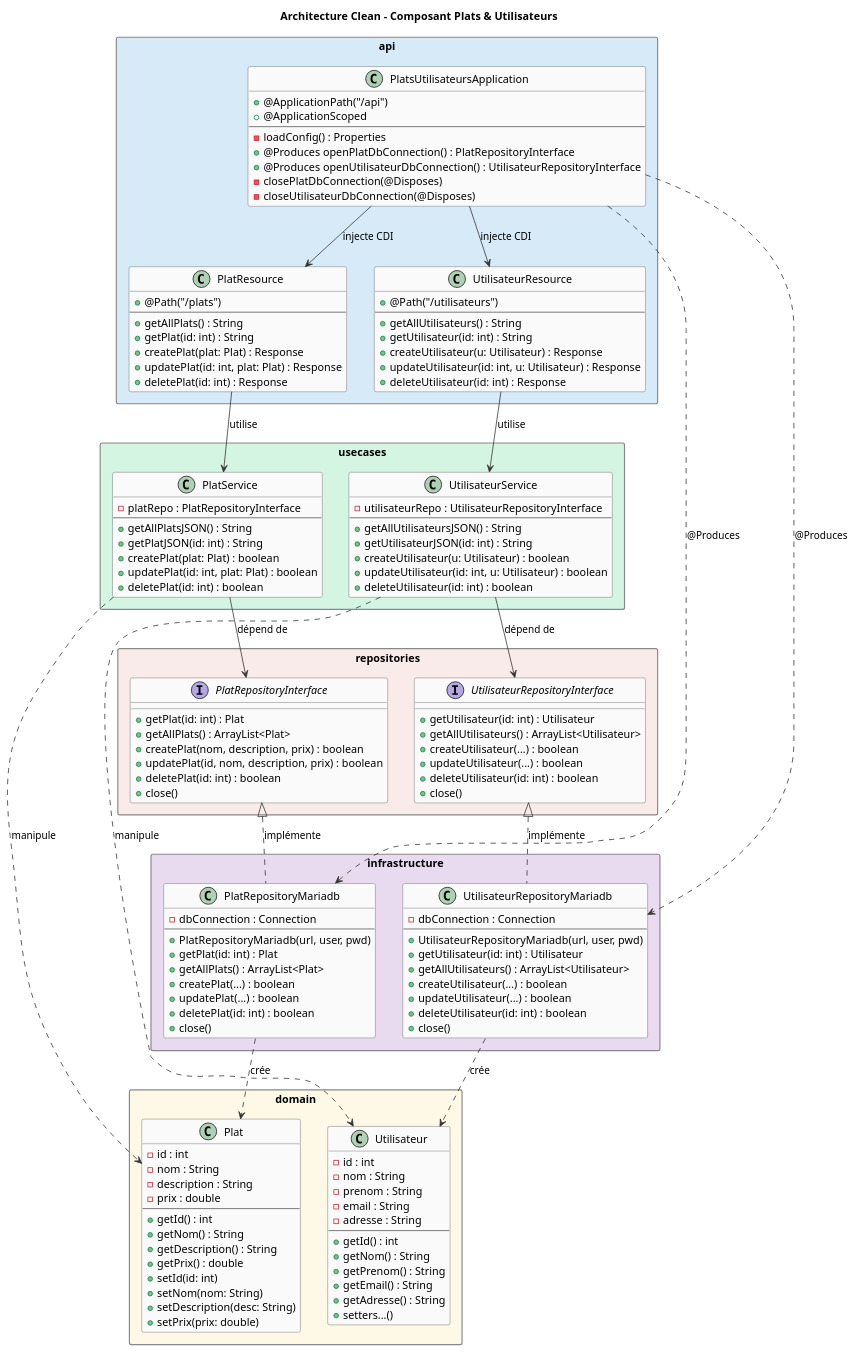
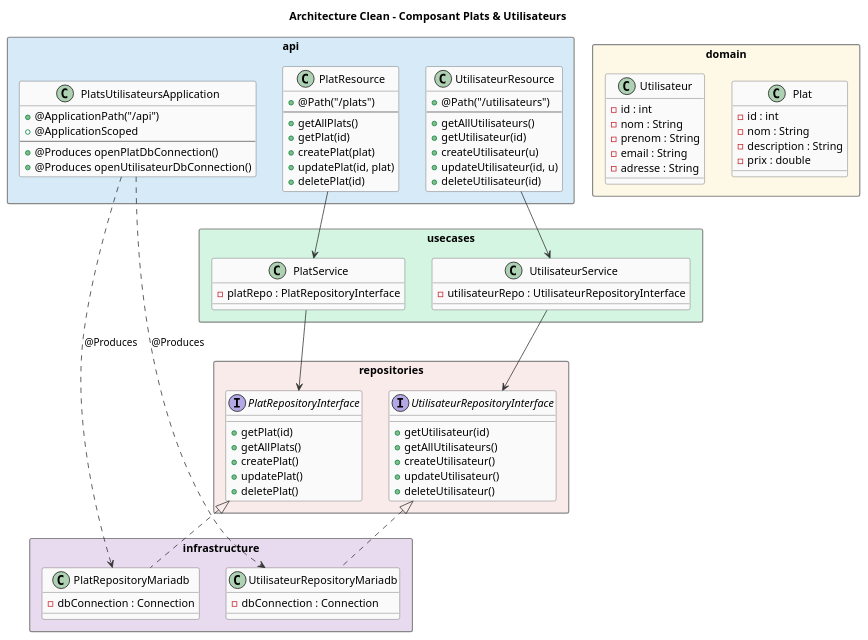
One commit to KAMARADemba/Projet-Microservices changed the diagram in Uml/Plat-Utilisateur/plats-utilisateurs.puml. Above: the diagram before and after it, drawn with PlantUML. The commit also changed 3 other files, not shown here.

```diff
--- a/Uml/Plat-Utilisateur/plats-utilisateurs.puml
+++ b/Uml/Plat-Utilisateur/plats-utilisateurs.puml
@@ -1,189 +1,113 @@
 @startuml Plats & Utilisateurs - Clean Architecture
 
 skinparam packageStyle rectangle
 skinparam classBackgroundColor #FAFAFA
 skinparam classBorderColor #555555
 skinparam arrowColor #333333
 skinparam packageBorderColor #888888
-skinparam packageBackgroundColor #F0F0F0
 
 title Architecture Clean - Composant Plats & Utilisateurs
 
-' =====================
-' COUCHE API (entrée HTTP)
-' =====================
 package "api" #D6EAF8 {
 
     class PlatsUtilisateursApplication {
         +@ApplicationPath("/api")
         +@ApplicationScoped
         --
-        -loadConfig() : Properties
-        +@Produces openPlatDbConnection() : PlatRepositoryInterface
-        +@Produces openUtilisateurDbConnection() : UtilisateurRepositoryInterface
-        -closePlatDbConnection(@Disposes)
-        -closeUtilisateurDbConnection(@Disposes)
+        +@Produces openPlatDbConnection()
+        +@Produces openUtilisateurDbConnection()
     }
 
     class PlatResource {
         +@Path("/plats")
         --
-        +getAllPlats() : String
-        +getPlat(id: int) : String
-        +createPlat(plat: Plat) : Response
-        +updatePlat(id: int, plat: Plat) : Response
-        +deletePlat(id: int) : Response
+        +getAllPlats()
+        +getPlat(id)
+        +createPlat(plat)
+        +updatePlat(id, plat)
+        +deletePlat(id)
     }
 
     class UtilisateurResource {
         +@Path("/utilisateurs")
         --
-        +getAllUtilisateurs() : String
-        +getUtilisateur(id: int) : String
-        +createUtilisateur(u: Utilisateur) : Response
-        +updateUtilisateur(id: int, u: Utilisateur) : Response
-        +deleteUtilisateur(id: int) : Response
+        +getAllUtilisateurs()
+        +getUtilisateur(id)
+        +createUtilisateur(u)
+        +updateUtilisateur(id, u)
+        +deleteUtilisateur(id)
     }
 }
 
-' =====================
-' COUCHE USECASES (logique métier)
-' =====================
 package "usecases" #D5F5E3 {
 
     class PlatService {
         -platRepo : PlatRepositoryInterface
-        --
-        +getAllPlatsJSON() : String
-        +getPlatJSON(id: int) : String
-        +createPlat(plat: Plat) : boolean
-        +updatePlat(id: int, plat: Plat) : boolean
-        +deletePlat(id: int) : boolean
     }
 
     class UtilisateurService {
         -utilisateurRepo : UtilisateurRepositoryInterface
-        --
-        +getAllUtilisateursJSON() : String
-        +getUtilisateurJSON(id: int) : String
-        +createUtilisateur(u: Utilisateur) : boolean
-        +updateUtilisateur(id: int, u: Utilisateur) : boolean
-        +deleteUtilisateur(id: int) : boolean
     }
 }
 
-' =====================
-' COUCHE DOMAIN (entités métier)
-' =====================
 package "domain" #FEF9E7 {
 
     class Plat {
         -id : int
         -nom : String
         -description : String
         -prix : double
-        --
-        +getId() : int
-        +getNom() : String
-        +getDescription() : String
-        +getPrix() : double
-        +setId(id: int)
-        +setNom(nom: String)
-        +setDescription(desc: String)
-        +setPrix(prix: double)
     }
 
     class Utilisateur {
         -id : int
         -nom : String
         -prenom : String
         -email : String
         -adresse : String
-        --
-        +getId() : int
-        +getNom() : String
-        +getPrenom() : String
-        +getEmail() : String
-        +getAdresse() : String
-        +setters...()
     }
 }
 
-' =====================
-' COUCHE REPOSITORIES (interfaces)
-' =====================
 package "repositories" #F9EBEA {
 
     interface PlatRepositoryInterface {
-        +getPlat(id: int) : Plat
-        +getAllPlats() : ArrayList<Plat>
-        +createPlat(nom, description, prix) : boolean
-        +updatePlat(id, nom, description, prix) : boolean
-        +deletePlat(id: int) : boolean
-        +close()
+        +getPlat(id)
+        +getAllPlats()
+        +createPlat()
+        +updatePlat()
+        +deletePlat()
     }
 
     interface UtilisateurRepositoryInterface {
-        +getUtilisateur(id: int) : Utilisateur
-        +getAllUtilisateurs() : ArrayList<Utilisateur>
-        +createUtilisateur(...) : boolean
-        +updateUtilisateur(...) : boolean
-        +deleteUtilisateur(id: int) : boolean
-        +close()
+        +getUtilisateur(id)
+        +getAllUtilisateurs()
+        +createUtilisateur()
+        +updateUtilisateur()
+        +deleteUtilisateur()
     }
 }
 
-' =====================
-' COUCHE INFRASTRUCTURE (implémentation)
-' =====================
 package "infrastructure" #E8DAEF {
 
     class PlatRepositoryMariadb {
         -dbConnection : Connection
-        --
-        +PlatRepositoryMariadb(url, user, pwd)
-        +getPlat(id: int) : Plat
-        +getAllPlats() : ArrayList<Plat>
-        +createPlat(...) : boolean
-        +updatePlat(...) : boolean
-        +deletePlat(id: int) : boolean
-        +close()
     }
 
     class UtilisateurRepositoryMariadb {
         -dbConnection : Connection
-        --
-        +UtilisateurRepositoryMariadb(url, user, pwd)
-        +getUtilisateur(id: int) : Utilisateur
-        +getAllUtilisateurs() : ArrayList<Utilisateur>
-        +createUtilisateur(...) : boolean
-        +updateUtilisateur(...) : boolean
-        +deleteUtilisateur(id: int) : boolean
-        +close()
     }
 }
 
-' =====================
-' RELATIONS
-' =====================
-PlatResource --> PlatService : utilise
-UtilisateurResource --> UtilisateurService : utilise
+PlatResource --> PlatService
+UtilisateurResource --> UtilisateurService
 
-PlatService --> PlatRepositoryInterface : dépend de
-UtilisateurService --> UtilisateurRepositoryInterface : dépend de
+PlatService --> PlatRepositoryInterface
+UtilisateurService --> UtilisateurRepositoryInterface
 
-PlatService ..> Plat : manipule
-UtilisateurService ..> Utilisateur : manipule
-
-PlatRepositoryInterface <|.. PlatRepositoryMariadb : implémente
-UtilisateurRepositoryInterface <|.. UtilisateurRepositoryMariadb : implémente
+PlatRepositoryInterface <|.. PlatRepositoryMariadb
+UtilisateurRepositoryInterface <|.. UtilisateurRepositoryMariadb
 
 PlatsUtilisateursApplication ..> PlatRepositoryMariadb : @Produces
 PlatsUtilisateursApplication ..> UtilisateurRepositoryMariadb : @Produces
-PlatsUtilisateursApplication --> PlatResource : injecte CDI
-PlatsUtilisateursApplication --> UtilisateurResource : injecte CDI
-
-PlatRepositoryMariadb ..> Plat : crée
-UtilisateurRepositoryMariadb ..> Utilisateur : crée
 
 @enduml
```
